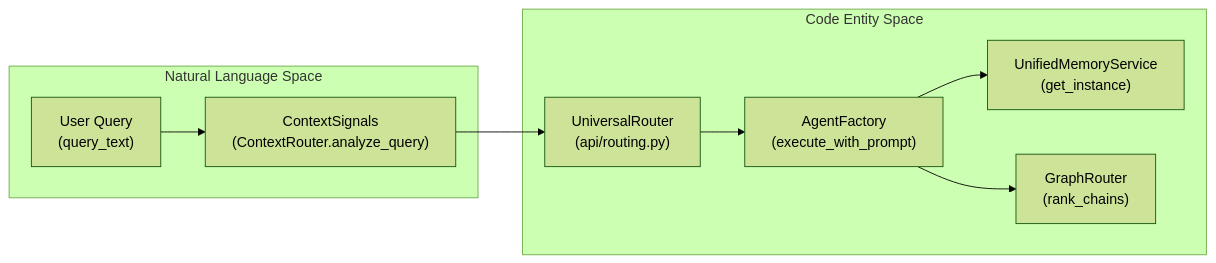
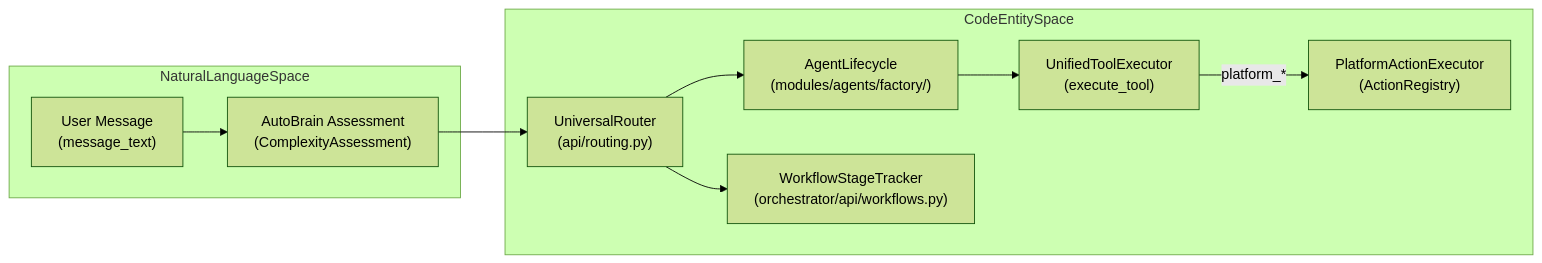
One commit to AutomatosAI/automatos-ai changed the second of 3 diagrams in docs/overview/system-architecture.md. Above: the diagram before and after it, drawn with Mermaid (forest theme). The commit also changed other lines of this file and 191 other files, not shown here.

````diff
--- a/docs/overview/system-architecture.md
+++ b/docs/overview/system-architecture.md
@@ -127,20 +122,22 @@
 ```mermaid
 graph LR
-    subgraph "Natural Language Space"
-        UserQuery["User Query<br/>(query_text)"]
-        Signals["ContextSignals<br/>(ContextRouter.analyze_query)"]
+    subgraph "NaturalLanguageSpace"
+        UserMsg["User Message<br/>(message_text)"]
+        AutoBrain["AutoBrain Assessment<br/>(ComplexityAssessment)"]
     end
 
-    subgraph "Code Entity Space"
-        Router["UniversalRouter<br/>(api/routing.py)"]
-        AgentRuntime["AgentFactory<br/>(execute_with_prompt)"]
-        MemSvc["UnifiedMemoryService<br/>(get_instance)"]
-        ToolGraph["GraphRouter<br/>(rank_chains)"]
+    subgraph "CodeEntitySpace"
+        UniversalRouter["UniversalRouter<br/>(api/routing.py)"]
+        AgentLifecycle["AgentLifecycle<br/>(modules/agents/factory/)"]
+        UnifiedExecutor["UnifiedToolExecutor<br/>(execute_tool)"]
+        PlatformExec["PlatformActionExecutor<br/>(ActionRegistry)"]
+        WorkflowEngine["WorkflowStageTracker<br/>(orchestrator/api/workflows.py)"]
     end
 
-    UserQuery --> Signals
-    Signals --> Router
-    Router --> AgentRuntime
-    AgentRuntime --> MemSvc
-    AgentRuntime --> ToolGraph
+    UserMsg --> AutoBrain
+    AutoBrain --> UniversalRouter
+    UniversalRouter --> AgentLifecycle
+    UniversalRouter --> WorkflowEngine
+    AgentLifecycle --> UnifiedExecutor
+    UnifiedExecutor -->|"platform_*"| PlatformExec
 ```
````
